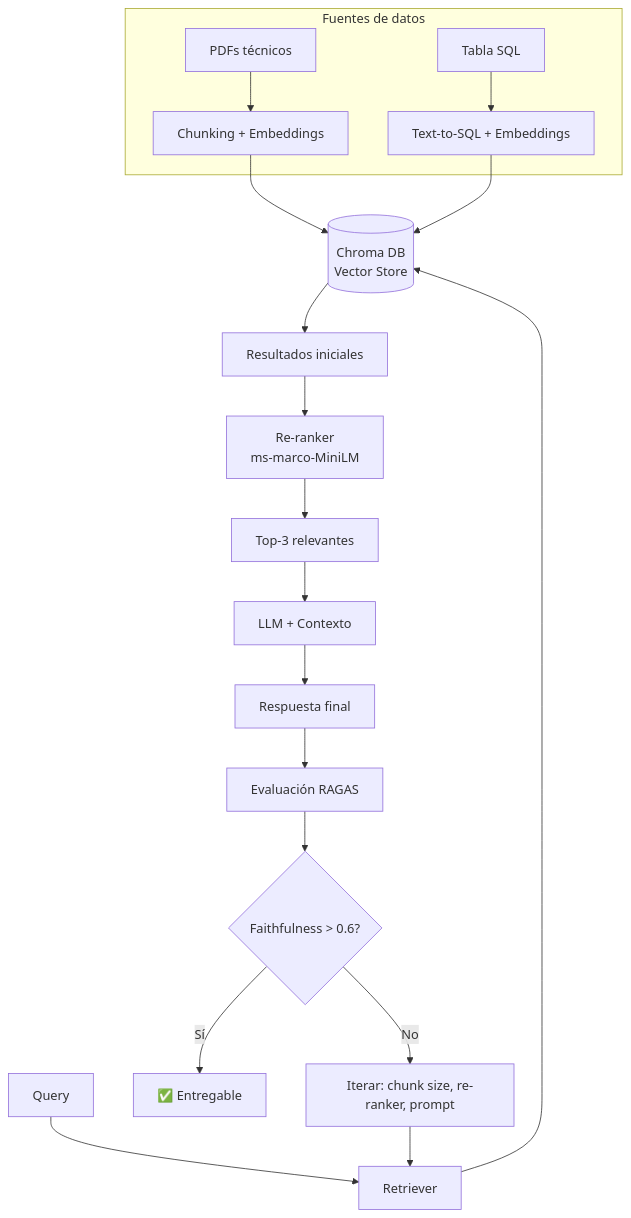
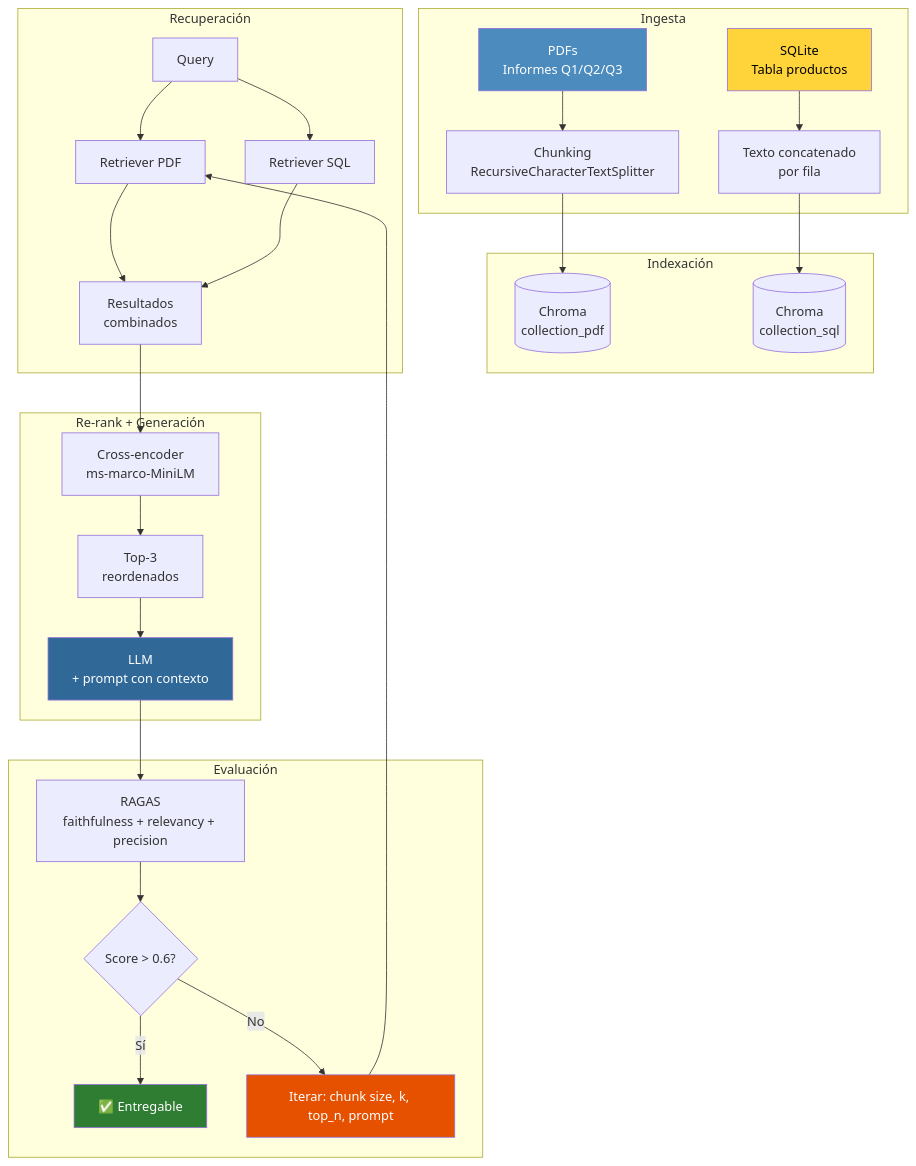
The diagram in hpd4-rag-mixto.qmd (Adamychen/m10_quarto), drawn with Mermaid before and after one commit. The commit also changed other lines of this file and 76 other files, not shown here.

````diff
--- a/hpd4-rag-mixto.qmd
+++ b/hpd4-rag-mixto.qmd
@@ -82,21 +709,39 @@
 ```{mermaid}
 graph TD
-    subgraph "Fuentes de datos"
-        A[PDFs técnicos] --> B[Chunking + Embeddings]
-        C[Tabla SQL] --> D[Text-to-SQL + Embeddings]
+    subgraph "Ingesta"
+        A[PDFs<br/>Informes Q1/Q2/Q3] --> B[Chunking<br/>RecursiveCharacterTextSplitter]
+        C[SQLite<br/>Tabla productos] --> D[Texto concatenado<br/>por fila]
     end
-    B --> E[(Chroma DB<br/>Vector Store)]
-    D --> E
-    F[Query] --> G[Retriever]
-    G --> E
-    E --> H[Resultados iniciales]
-    H --> I[Re-ranker<br/>ms-marco-MiniLM]
-    I --> J[Top-3 relevantes]
-    J --> K[LLM + Contexto]
-    K --> L[Respuesta final]
-    L --> M[Evaluación RAGAS]
-    M --> N{Faithfulness > 0.6?}
-    N -->|Sí| O[✅ Entregable]
-    N -->|No| P[Iterar: chunk size, re-ranker, prompt]
-    P --> G
+
+    subgraph "Indexación"
+        B --> E[(Chroma<br/>collection_pdf)]
+        D --> F[(Chroma<br/>collection_sql)]
+    end
+
+    subgraph "Recuperación"
+        G[Query] --> H[Retriever PDF]
+        G --> I[Retriever SQL]
+        H --> J[Resultados<br/>combinados]
+        I --> J
+    end
+
+    subgraph "Re-rank + Generación"
+        J --> K[Cross-encoder<br/>ms-marco-MiniLM]
+        K --> L[Top-3<br/>reordenados]
+        L --> M[LLM<br/>+ prompt con contexto]
+    end
+
+    subgraph "Evaluación"
+        M --> N[RAGAS<br/>faithfulness + relevancy + precision]
+        N --> O{Score > 0.6?}
+        O -->|Sí| P[✅ Entregable]
+        O -->|No| Q[Iterar: chunk size, k, top_n, prompt]
+        Q --> H
+    end
+
+    style A fill:#4B8BBE,color:#fff
+    style C fill:#FFD43B,color:#000
+    style M fill:#306998,color:#fff
+    style P fill:#2e7d32,color:#fff
+    style Q fill:#e65100,color:#fff
 ```
````
